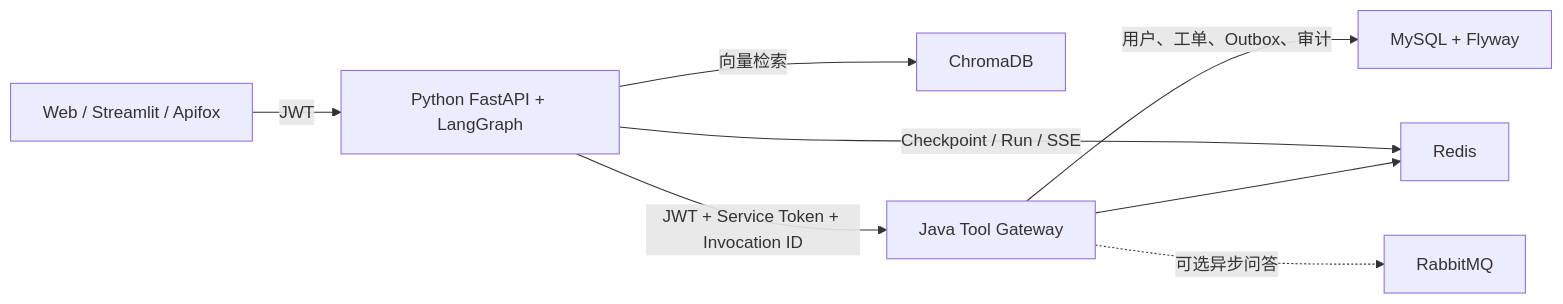
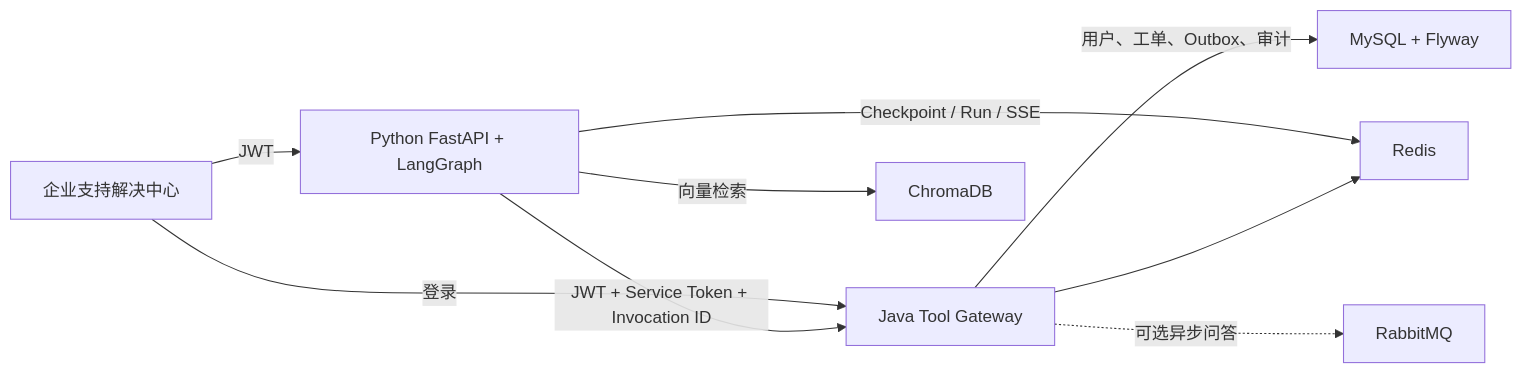
One commit to 11551177lbsc/enterprise-qa-platform changed the diagram in README.md. Above: the diagram before and after it, drawn with Mermaid. The commit also changed other lines of this file and 13 other files, not shown here.

````diff
--- a/README.md
+++ b/README.md
@@ -21,10 +23,11 @@
 ```mermaid
 flowchart LR
-    UI["Web / Streamlit / Apifox"] -->|"JWT"| AGENT["Python FastAPI + LangGraph"]
+    UI["企业支持解决中心"] -->|"登录"| JAVA
+    UI -->|"JWT"| AGENT["Python FastAPI + LangGraph"]
     AGENT -->|"向量检索"| CHROMA["ChromaDB"]
     AGENT -->|"JWT + Service Token + Invocation ID"| JAVA["Java Tool Gateway"]
     AGENT -->|"Checkpoint / Run / SSE"| REDIS["Redis"]
     JAVA -->|"用户、工单、Outbox、审计"| MYSQL["MySQL + Flyway"]
     JAVA --> REDIS
     JAVA -.->|"可选异步问答"| MQ["RabbitMQ"]
 ```
````
